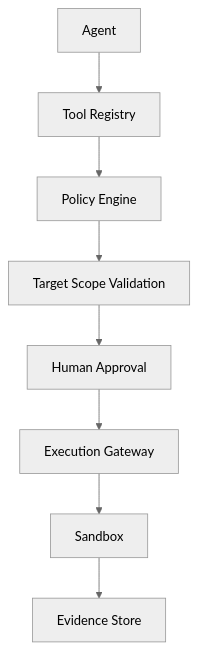
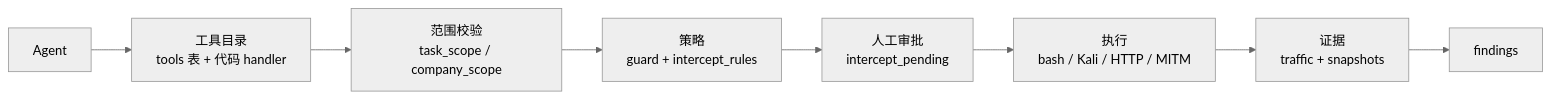
The third of 3 diagrams in app/docs/VEXNAR_Enterprise_Agent_Architecture_LocalFirst_SQLite_PostgreSQL.md (zhongxinxuhk/VEXNAR), drawn with Mermaid (neutral theme) before and after one commit. The commit also changed other lines of this file, not shown here.

First line of the commit message:
docs(app): align the enterprise architecture blueprint with the repo as it is

````diff
--- a/app/docs/VEXNAR_Enterprise_Agent_Architecture_LocalFirst_SQLite_PostgreSQL.md
+++ b/app/docs/VEXNAR_Enterprise_Agent_Architecture_LocalFirst_SQLite_PostgreSQL.md
@@ -974,19 +599,10 @@
-``` mermaid
-flowchart TB
-    Agent[Agent]
-    Registry[Tool Registry]
-    Policy[Policy Engine]
-    Scope[Target Scope Validation]
-    Approval[Human Approval]
-    Gateway[Execution Gateway]
-    Sandbox[Sandbox]
-    Evidence[Evidence Store]
-
-    Agent --> Registry
-    Registry --> Policy
-    Policy --> Scope
-    Scope --> Approval
-    Approval --> Gateway
-    Gateway --> Sandbox
-    Sandbox --> Evidence
+```mermaid
+flowchart LR
+    Agent[Agent] --> Catalog[工具目录<br/>tools 表 + 代码 handler]
+    Catalog --> Scope[范围校验<br/>task_scope / company_scope]
+    Scope --> Policy[策略<br/>guard + intercept_rules]
+    Policy --> Approval[人工审批<br/>intercept_pending]
+    Approval --> Exec[执行<br/>bash / Kali / HTTP / MITM]
+    Exec --> Evidence[证据<br/>traffic + snapshots]
+    Evidence --> Findings[findings]
 ```
````
